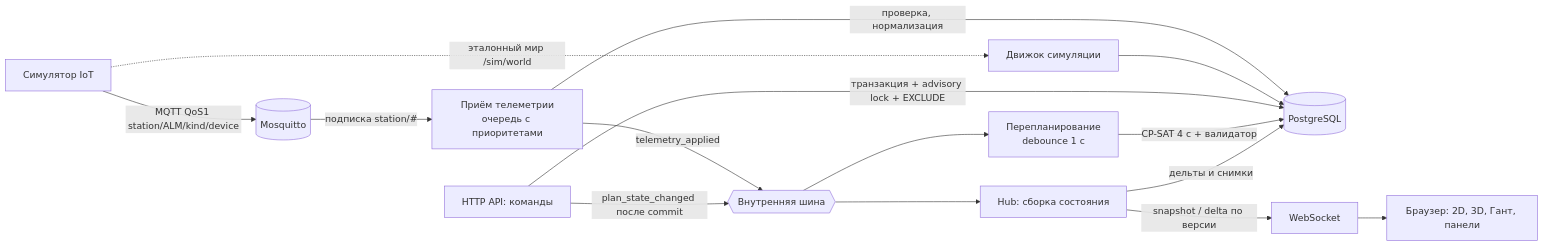
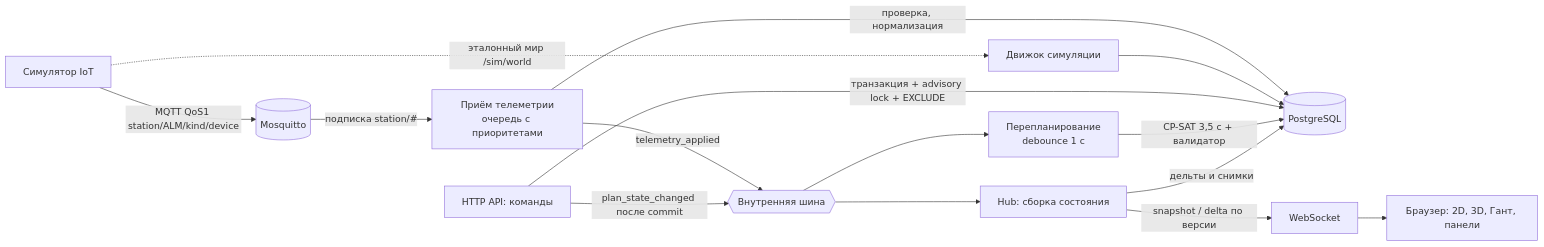
Before and after one commit to Romax01/Digital-Nomads-Astana: the diagram in docs/architecture.md, drawn with Mermaid. The commit also changed 29 other files, not shown here.

````diff
--- a/docs/architecture.md
+++ b/docs/architecture.md
@@ -32,17 +32,17 @@
 ```mermaid
 flowchart LR
   SIM[Симулятор IoT] -- MQTT QoS1 station/ALM/kind/device --> MQ[(Mosquitto)]
   MQ -- подписка station/# --> ING[Приём телеметрии\nочередь с приоритетами]
   ING -- проверка, нормализация --> DB[(PostgreSQL)]
   ING -- telemetry_applied --> BUS{{Внутренняя шина}}
   ENG[Движок симуляции] --> DB
   API[HTTP API: команды] -- транзакция + advisory lock + EXCLUDE --> DB
   API -- plan_state_changed после commit --> BUS
   BUS --> HUB[Hub: сборка состояния]
   BUS --> RP[Перепланирование\ndebounce 1 с]
-  RP -- CP-SAT 4 с + валидатор --> DB
+  RP -- CP-SAT 3,5 с + валидатор --> DB
   HUB -- snapshot / delta по версии --> WS[WebSocket]
   WS --> UI[Браузер: 2D, 3D, Гант, панели]
   HUB -- дельты и снимки --> DB
   SIM -. эталонный мир /sim/world .-> ENG
 ```
````
